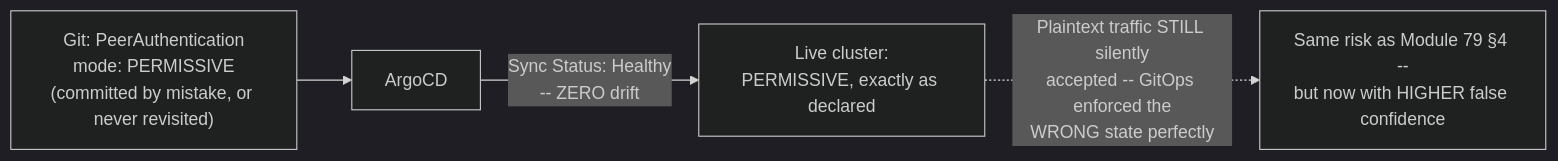
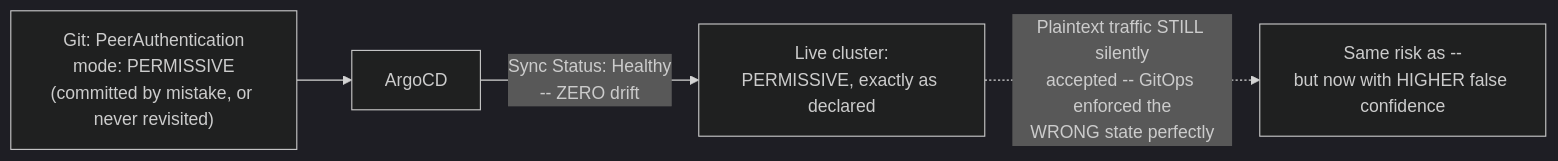
Before and after one commit to umashankarp/InterviewQuestions: the second of 4 diagrams in 23-Kubernetes/08-Observability-Multicluster-GitOps.md, drawn with Mermaid (dark theme). The commit also changed other lines of this file and 173 other files, not shown here.

````diff
--- a/23-Kubernetes/08-Observability-Multicluster-GitOps.md
+++ b/23-Kubernetes/08-Observability-Multicluster-GitOps.md
@@ -74,6 +74,6 @@
 ```mermaid
 graph LR
-    Git["Git: PeerAuthentication<br/>mode: PERMISSIVE<br/>(committed by mistake, or never revisited)"] --> ArgoCD
-    ArgoCD -->|"Sync Status: Healthy<br/>-- ZERO drift"| Cluster["Live cluster:<br/>PERMISSIVE, exactly as declared"]
-    Cluster -.->|"Plaintext traffic STILL silently<br/>accepted -- GitOps enforced the<br/>WRONG state perfectly"| Risk["Same risk as Module 79 §4 --<br/>but now with HIGHER false confidence"]
+ Git["Git: PeerAuthentication<br/>mode: PERMISSIVE<br/>(committed by mistake, or never revisited)"] --> ArgoCD
+ ArgoCD -->|"Sync Status: Healthy<br/>-- ZERO drift"| Cluster["Live cluster:<br/>PERMISSIVE, exactly as declared"]
+ Cluster -.->|"Plaintext traffic STILL silently<br/>accepted -- GitOps enforced the<br/>WRONG state perfectly"| Risk["Same risk as --<br/>but now with HIGHER false confidence"]
 ```
````
